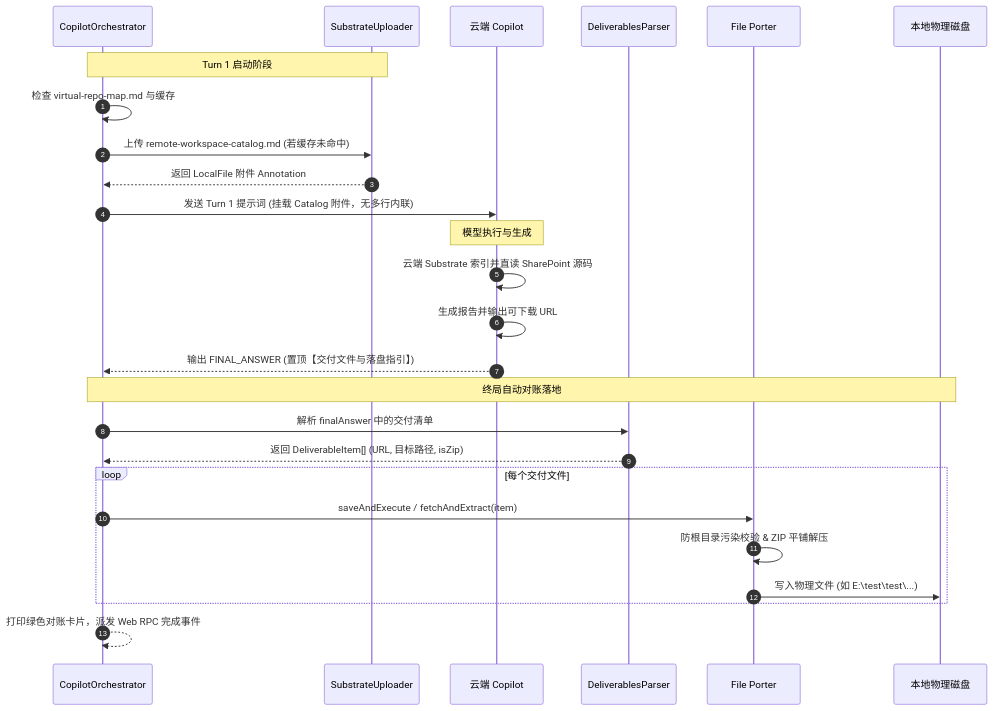
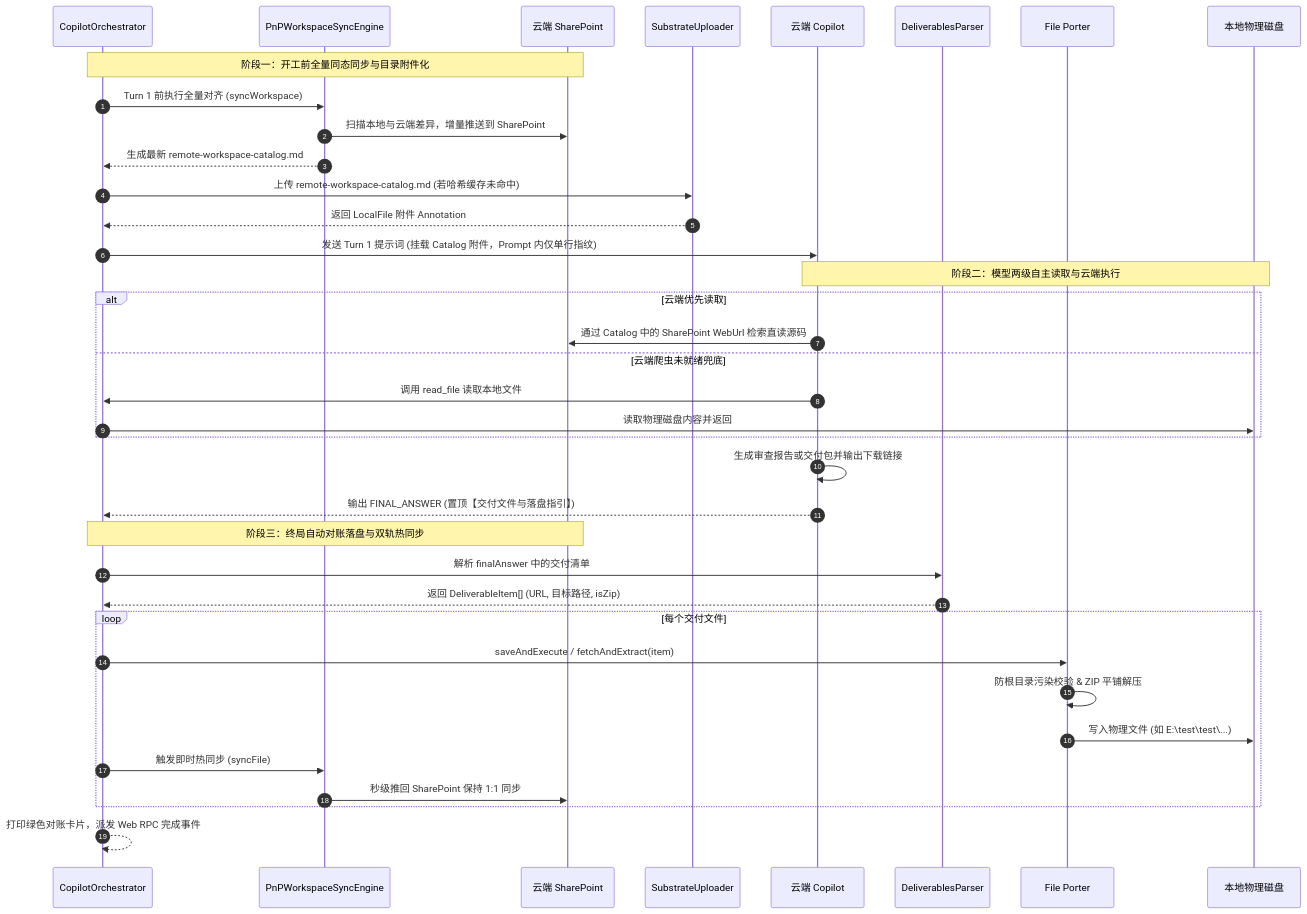
The diagram in .docs/specs/2026-10-25-file-porter-auto-reconciliation-and-cloud-catalog-attachment-design.md (C-Mediacontrol/CPH-PI), drawn with Mermaid before and after one commit. The commit also changed other lines of this file, not shown here.

Commit message:
docs(spec): update spec with 1:1 sync, catalog attachment, and autonomous 2-tier reading strategy

````diff
--- a/.docs/specs/2026-10-25-file-porter-auto-reconciliation-and-cloud-catalog-attachment-design.md
+++ b/.docs/specs/2026-10-25-file-porter-auto-reconciliation-and-cloud-catalog-attachment-design.md
@@ -169,31 +180,42 @@
 ```mermaid
 sequenceDiagram
     autonumber
     participant Orch as CopilotOrchestrator
+    participant Sync as PnPWorkspaceSyncEngine
+    participant SP as 云端 SharePoint
     participant Uploader as SubstrateUploader
     participant Sydney as 云端 Copilot
     participant Parser as DeliverablesParser
     participant Porter as File Porter
     participant FS as 本地物理磁盘
 
-    Note over Orch,Uploader: Turn 1 启动阶段
-    Orch->>Orch: 检查 virtual-repo-map.md 与缓存
-    Orch->>Uploader: 上传 remote-workspace-catalog.md (若缓存未命中)
+    Note over Orch,SP: 阶段一：开工前全量同态同步与目录附件化
+    Orch->>Sync: Turn 1 前执行全量对齐 (syncWorkspace)
+    Sync->>SP: 扫描本地与云端差异，增量推送到 SharePoint
+    Sync-->>Orch: 生成最新 remote-workspace-catalog.md
+    Orch->>Uploader: 上传 remote-workspace-catalog.md (若哈希缓存未命中)
     Uploader-->>Orch: 返回 LocalFile 附件 Annotation
-    Orch->>Sydney: 发送 Turn 1 提示词 (挂载 Catalog 附件，无多行内联)
+    Orch->>Sydney: 发送 Turn 1 提示词 (挂载 Catalog 附件，Prompt 内仅单行指纹)
 
-    Note over Sydney: 模型执行与生成
-    Sydney->>Sydney: 云端 Substrate 索引并直读 SharePoint 源码
-    Sydney->>Sydney: 生成报告并输出可下载 URL
+    Note over Sydney,FS: 阶段二：模型两级自主读取与云端执行
+    alt 云端优先读取
+        Sydney->>SP: 通过 Catalog 中的 SharePoint WebUrl 检索直读源码
+    else 云端爬虫未就绪兜底
+        Sydney->>Orch: 调用 read_file 读取本地文件
+        Orch->>FS: 读取物理磁盘内容并返回
+    end
+    Sydney->>Sydney: 生成审查报告或交付包并输出下载链接
     Sydney-->>Orch: 输出 FINAL_ANSWER (置顶【交付文件与落盘指引】)
 
-    Note over Orch,FS: 终局自动对账落地
+    Note over Orch,SP: 阶段三：终局自动对账落盘与双轨热同步
     Orch->>Parser: 解析 finalAnswer 中的交付清单
     Parser-->>Orch: 返回 DeliverableItem[] (URL, 目标路径, isZip)
     loop 每个交付文件
         Orch->>Porter: saveAndExecute / fetchAndExtract(item)
         Porter->>Porter: 防根目录污染校验 & ZIP 平铺解压
         Porter->>FS: 写入物理文件 (如 E:\test\test\...)
+        Orch->>Sync: 触发即时热同步 (syncFile)
+        Sync->>SP: 秒级推回 SharePoint 保持 1:1 同步
     end
     Orch-->>Orch: 打印绿色对账卡片，派发 Web RPC 完成事件
 ```
````
